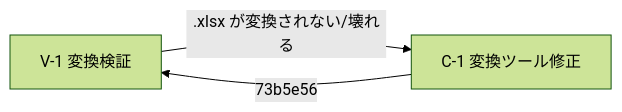
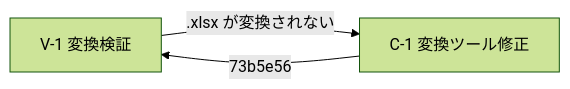
One commit to nablarch/nablarch-testing changed the diagram in docs/pr75/checks/V-1.md. Above: the diagram before and after it, drawn with Mermaid (forest theme). The commit also changed 13 other files, not shown here.

````diff
--- a/docs/pr75/checks/V-1.md
+++ b/docs/pr75/checks/V-1.md
@@ -90,5 +90,5 @@
 ```mermaid
 flowchart LR
-  V1[V-1 変換検証] -->|.xlsx が変換されない/壊れる| C1[C-1 変換ツール修正]
+  V1[V-1 変換検証] -->|.xlsx が変換されない| C1[C-1 変換ツール修正]
   C1 -->|73b5e56| V1
 ```
````
